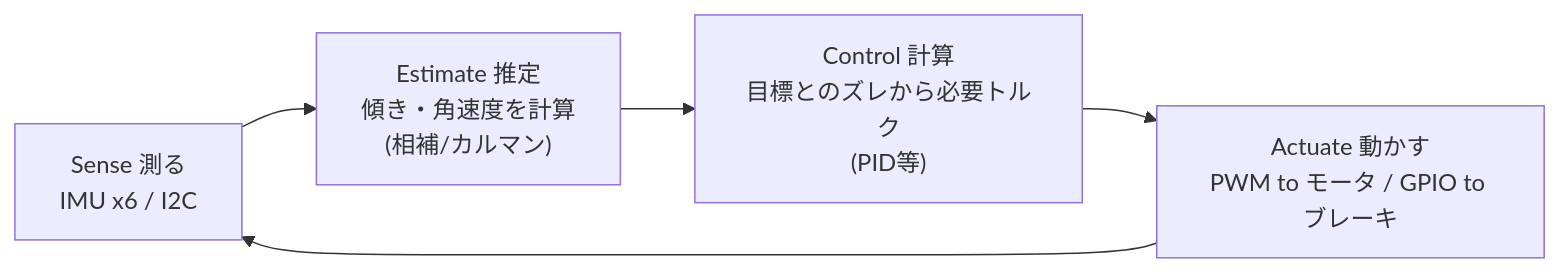
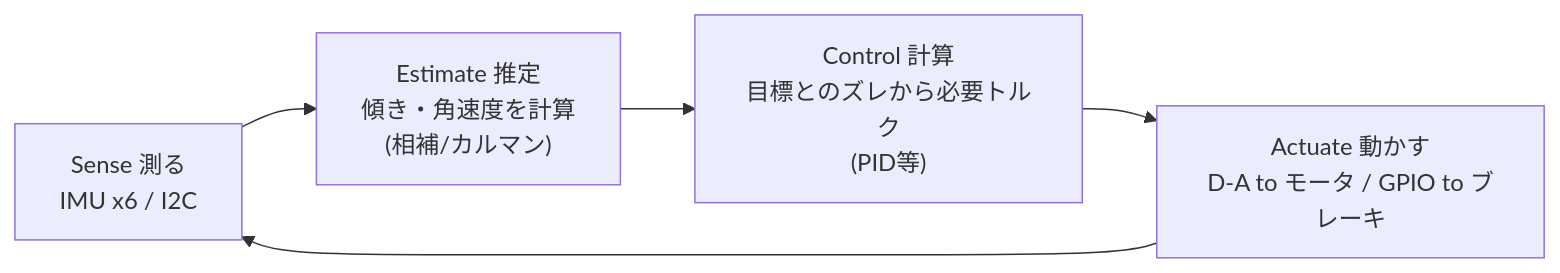
Before and after one commit to ktanino10/attitude-control-study: the second of 2 diagrams in ja/reference/system-block.md, drawn with Mermaid. The commit also changed other lines of this file and 17 other files, not shown here.

First line of the commit message:
Correct hardware signal path and figure references to match the article

````diff
--- a/ja/reference/system-block.md
+++ b/ja/reference/system-block.md
@@ -93,7 +95,7 @@
 ```mermaid
 flowchart LR
     S["Sense 測る<br/>IMU x6 / I2C"] --> E["Estimate 推定<br/>傾き・角速度を計算<br/>(相補/カルマン)"]
     E --> C["Control 計算<br/>目標とのズレから必要トルク<br/>(PID等)"]
-    C --> A["Actuate 動かす<br/>PWM to モータ / GPIO to ブレーキ"]
+    C --> A["Actuate 動かす<br/>D-A to モータ / GPIO to ブレーキ"]
     A --> S
 ```
````
